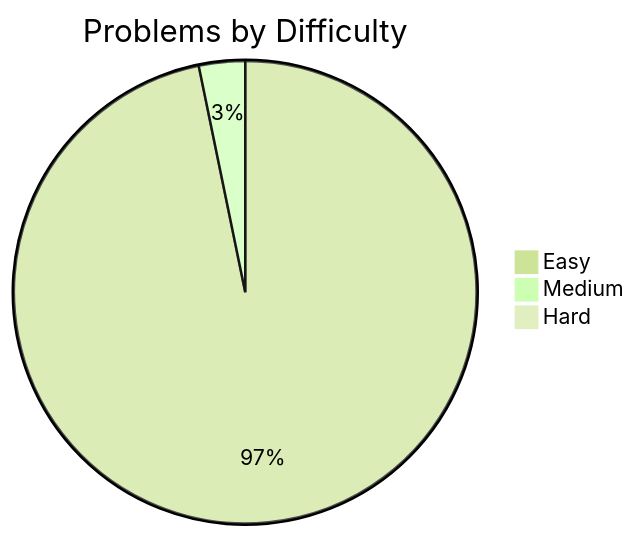
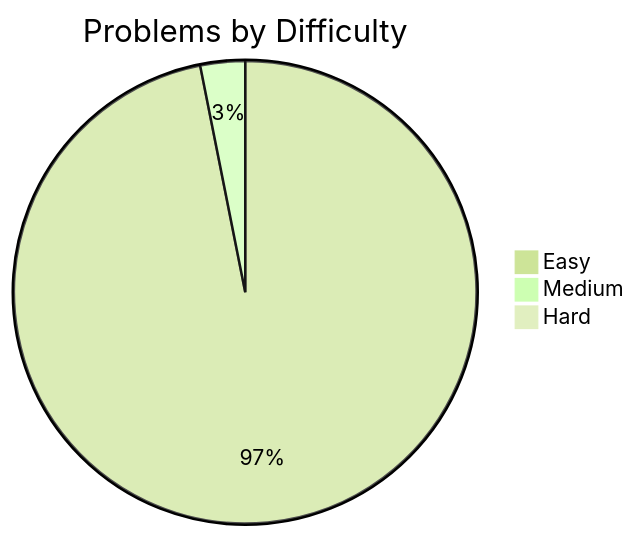
The diagram in README.md (davelin18yufan/leetcode-journal), drawn with Mermaid (forest theme) before and after one commit. The commit also changed other lines of this file and 4 other files, not shown here.

````diff
--- a/README.md
+++ b/README.md
@@ -7,7 +7,7 @@
 ```mermaid
 pie
     title Problems by Difficulty
-    "Easy" : 30
+    "Easy" : 31
     "Medium" : 1
     "Hard" : 0
 ```
````
